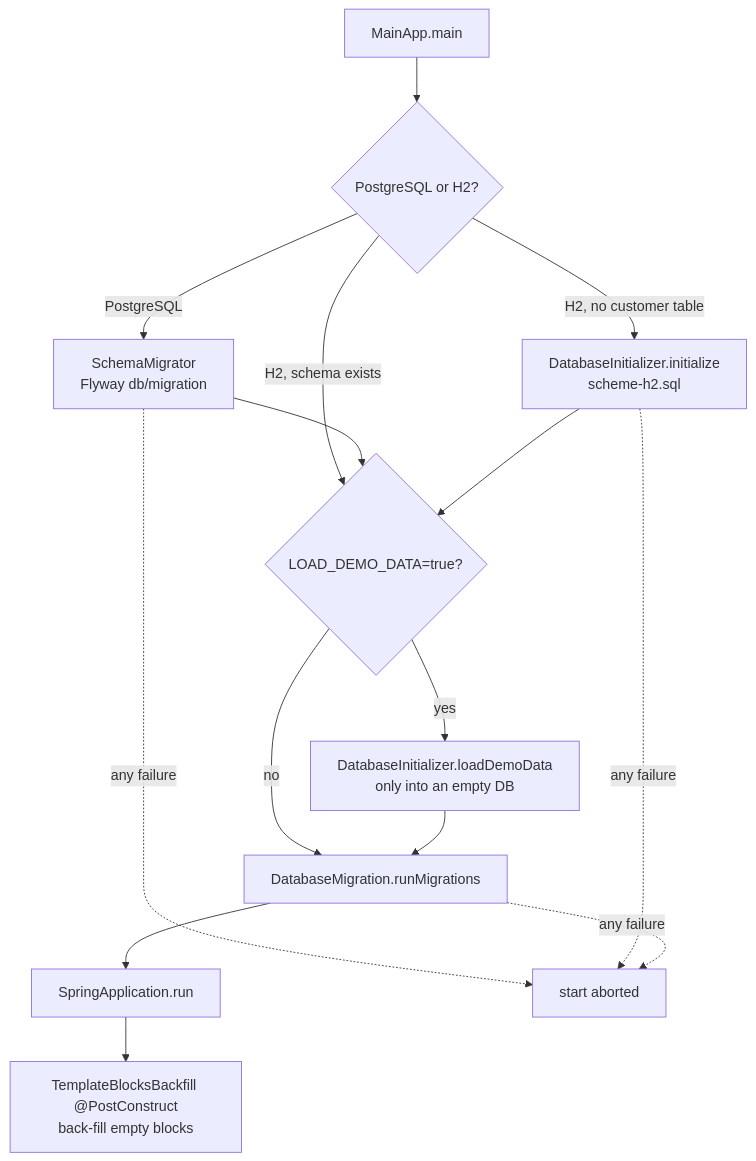
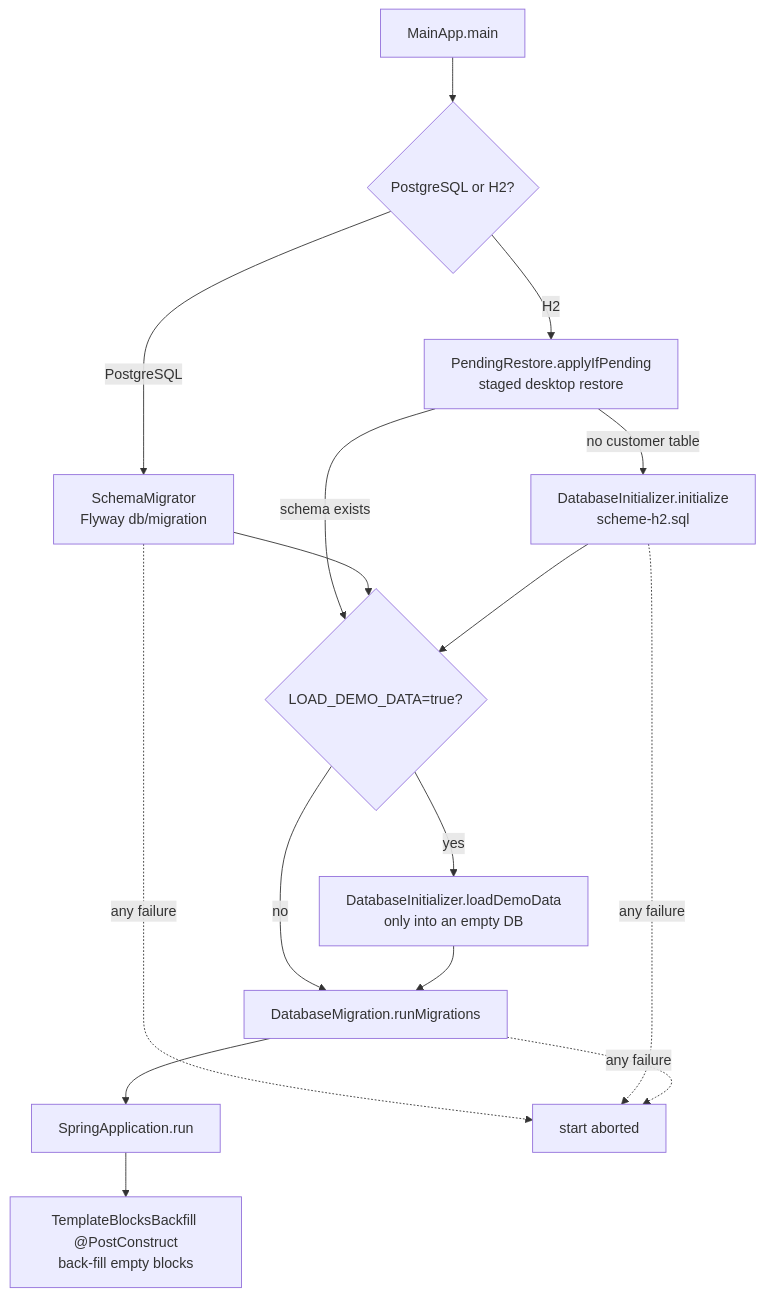
One commit to billery-app/billery changed the diagram in docs/architecture/backend.md. Above: the diagram before and after it, drawn with Mermaid. The commit also changed other lines of this file and 24 other files, not shown here.

First line of the commit message:
feat(desktop): built-in backup and restore of the local data

````diff
--- a/docs/architecture/backend.md
+++ b/docs/architecture/backend.md
@@ -294,17 +297,18 @@
 ```mermaid
 flowchart TB
     A[MainApp.main] --> B{PostgreSQL or H2?}
     B -- PostgreSQL --> C[SchemaMigrator<br/>Flyway db/migration]
-    B -- "H2, no customer table" --> C2[DatabaseInitializer.initialize<br/>scheme-h2.sql]
-    B -- "H2, schema exists" --> D{LOAD_DEMO_DATA=true?}
+    B -- "H2" --> R[PendingRestore.applyIfPending<br/>staged desktop restore]
+    R -- "no customer table" --> C2[DatabaseInitializer.initialize<br/>scheme-h2.sql]
+    R -- "schema exists" --> D{LOAD_DEMO_DATA=true?}
     C --> D
     C2 --> D
     D -- yes --> E[DatabaseInitializer.loadDemoData<br/>only into an empty DB]
     D -- no --> F[DatabaseMigration.runMigrations]
     E --> F
     F --> G[SpringApplication.run]
     G --> H[TemplateBlocksBackfill @PostConstruct<br/>back-fill empty blocks]
     C -. any failure .-> X[start aborted]
     C2 -. any failure .-> X
     F -. any failure .-> X
 ```
````
